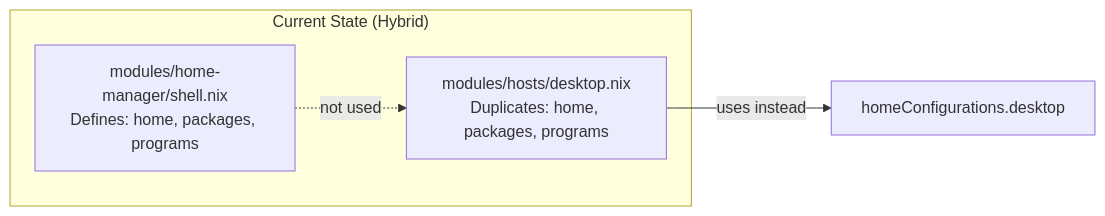
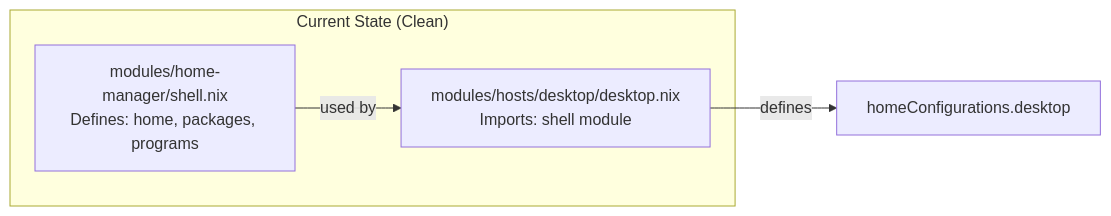
One commit to mxapd/nixos changed the third of 3 diagrams in docs/architecture.md. Above: the diagram before and after it, drawn with Mermaid. The commit also changed other lines of this file, not shown here.

First line of the commit message:
docs(architecture): update for new host directory structure

````diff
--- a/docs/architecture.md
+++ b/docs/architecture.md
@@ -155,10 +161,10 @@
 ```mermaid
 flowchart LR
-    subgraph "Current State (Hybrid)"
+    subgraph "Current State (Clean)"
         A["modules/home-manager/shell.nix<br/>Defines: home, packages, programs"]
-        B["modules/hosts/desktop.nix<br/>Duplicates: home, packages, programs"]
+        B["modules/hosts/desktop/desktop.nix<br/>Imports: shell module"]
     end
     
-    A -.->|not used| B
-    B -->|uses instead| C["homeConfigurations.desktop"]
+    A -->|used by| B
+    B -->|defines| C["homeConfigurations.desktop"]
 ```
````
